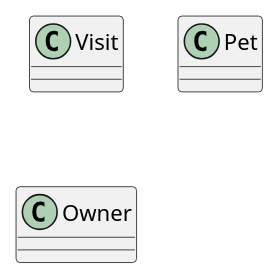
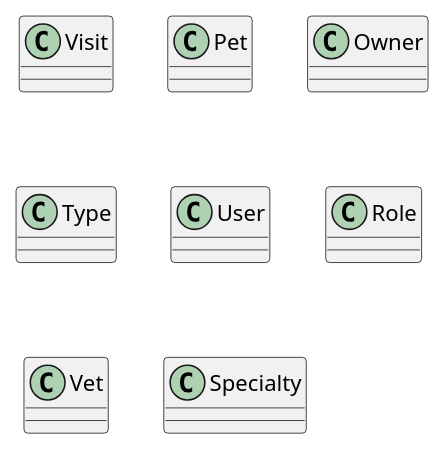
One commit to masmangan/legendary-parakeet changed the diagram in domain.puml. Above: the diagram before and after it, drawn with PlantUML.

Commit message:
Update domain.puml
Adding remaining entities

```diff
--- a/domain.puml
+++ b/domain.puml
@@ -1,5 +1,10 @@
 @startuml
 class Visit
 class Pet
 class Owner
+class Type
+class User
+class Role
+class Vet
+class Specialty
 @enduml
```
